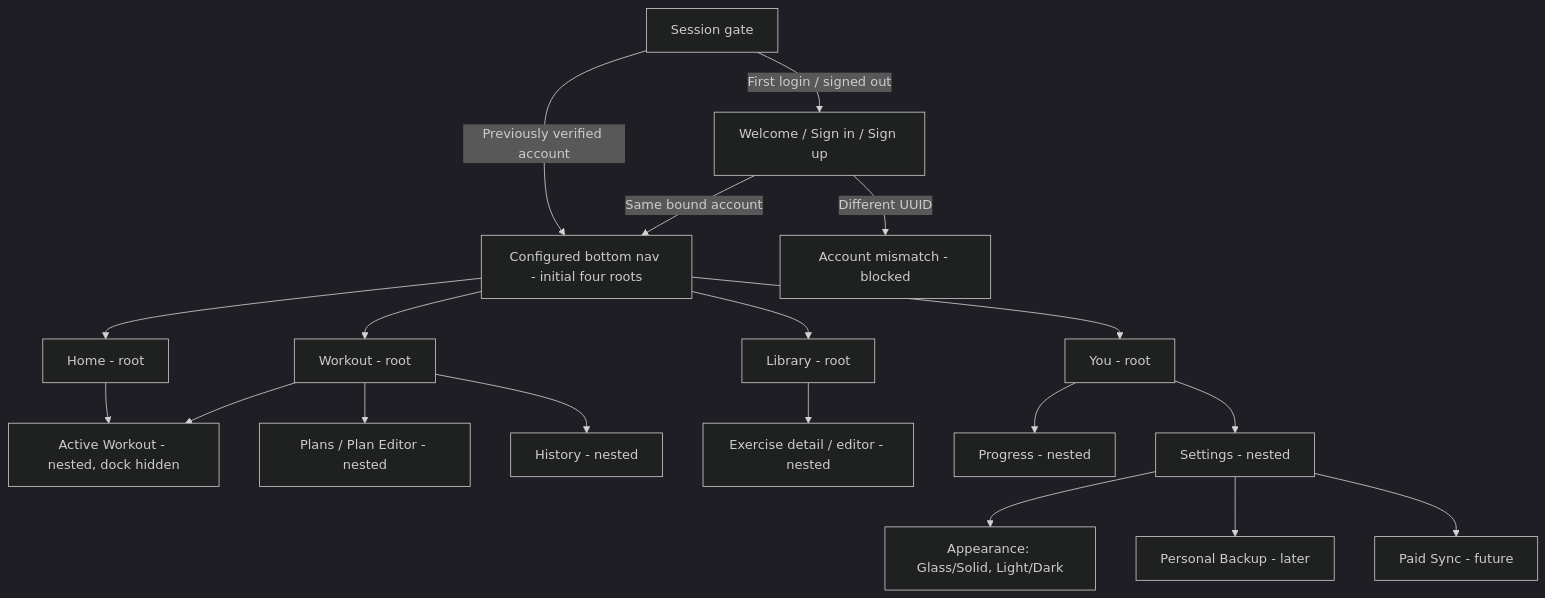
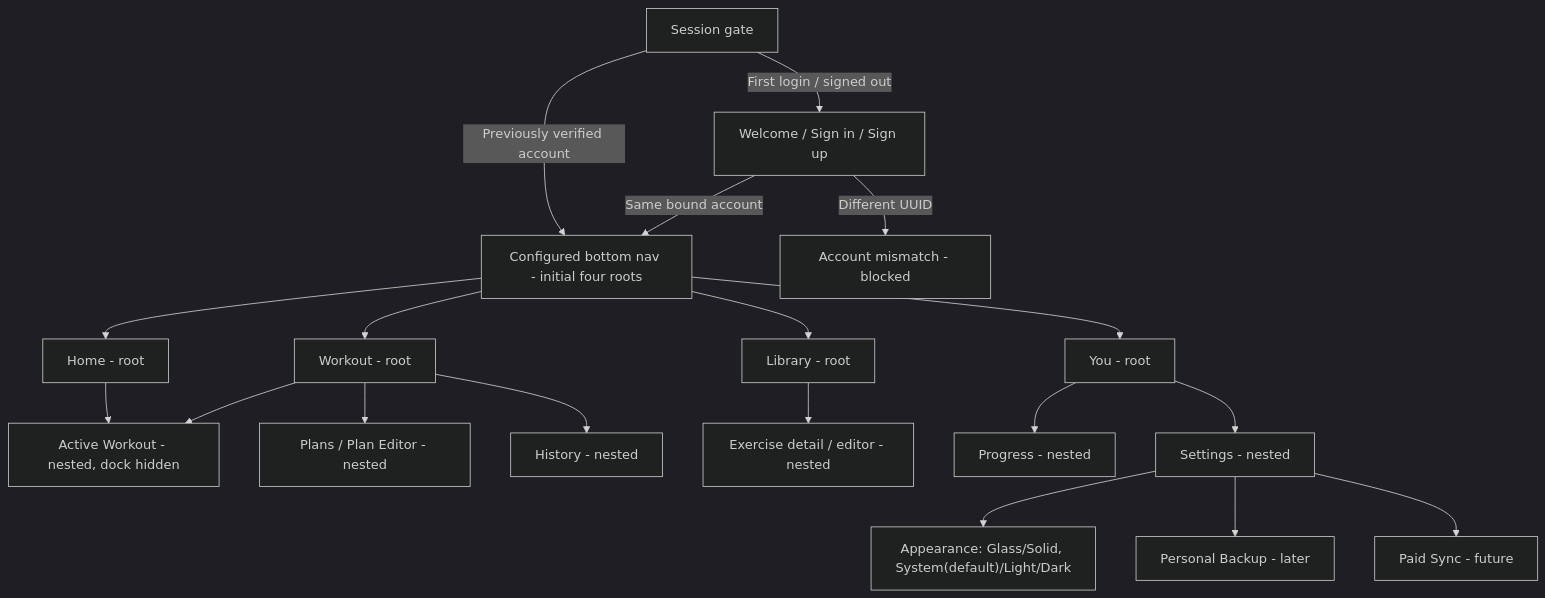
One commit to im-tnyx/Tio-Workspace changed the diagram in docs/20-MVP-UX-FLOWS.md. Above: the diagram before and after it, drawn with Mermaid (dark theme). The commit also changed other lines of this file and 8 other files, not shown here.

````diff
--- a/docs/20-MVP-UX-FLOWS.md
+++ b/docs/20-MVP-UX-FLOWS.md
@@ -17,21 +17,21 @@
 ```mermaid
 flowchart TD
   S["Session gate"] -->|Previously verified account| Dock["Configured bottom nav - initial four roots"]
   S -->|First login / signed out| Auth["Welcome / Sign in / Sign up"]
   Auth -->|Same bound account| Dock
   Auth -->|Different UUID| Denied["Account mismatch - blocked"]
   Dock --> Home["Home - root"]
   Dock --> Workout["Workout - root"]
   Dock --> Library["Library - root"]
   Dock --> You["You - root"]
   Home --> Active["Active Workout - nested, dock hidden"]
   Workout --> Plans["Plans / Plan Editor - nested"]
   Workout --> Active
   Workout --> History["History - nested"]
   Library --> Exercise["Exercise detail / editor - nested"]
   You --> Progress["Progress - nested"]
   You --> Settings["Settings - nested"]
-  Settings --> Appear["Appearance: Glass/Solid, Light/Dark"]
+  Settings --> Appear["Appearance: Glass/Solid, System(default)/Light/Dark"]
   Settings --> Backup["Personal Backup - later"]
   Settings --> Sync["Paid Sync - future"]
 ```
````
